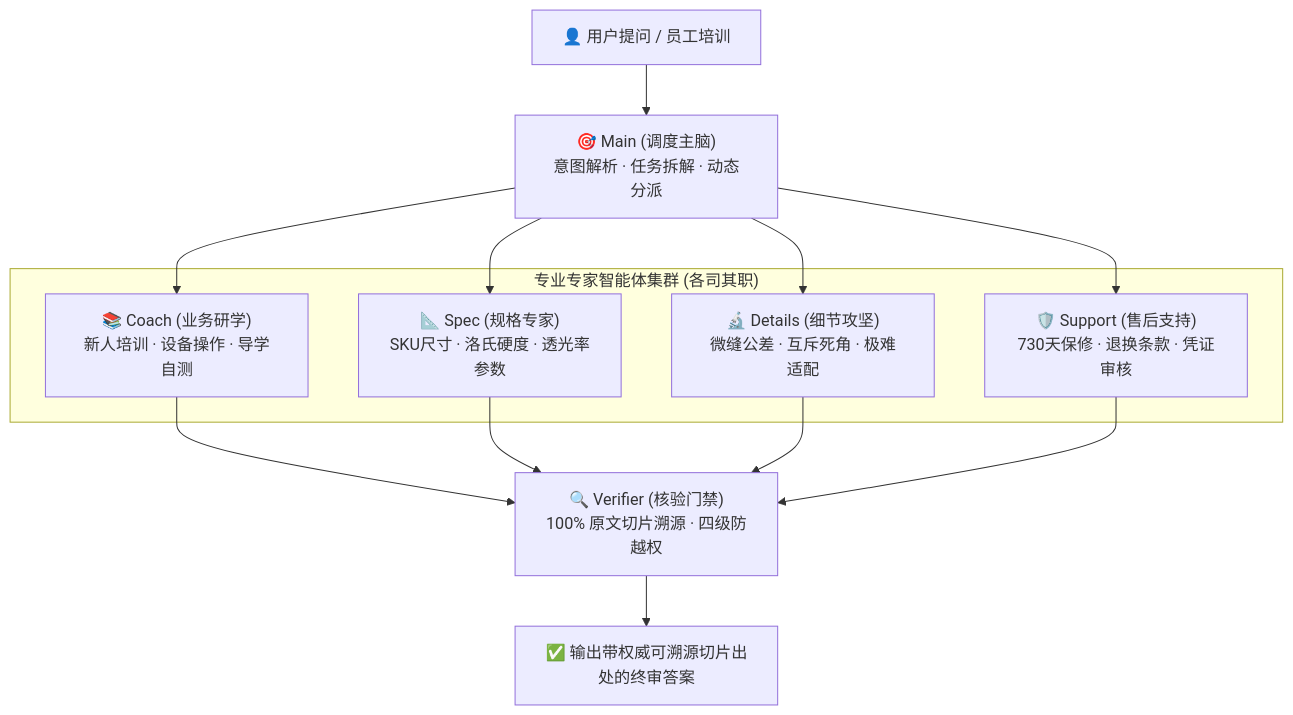
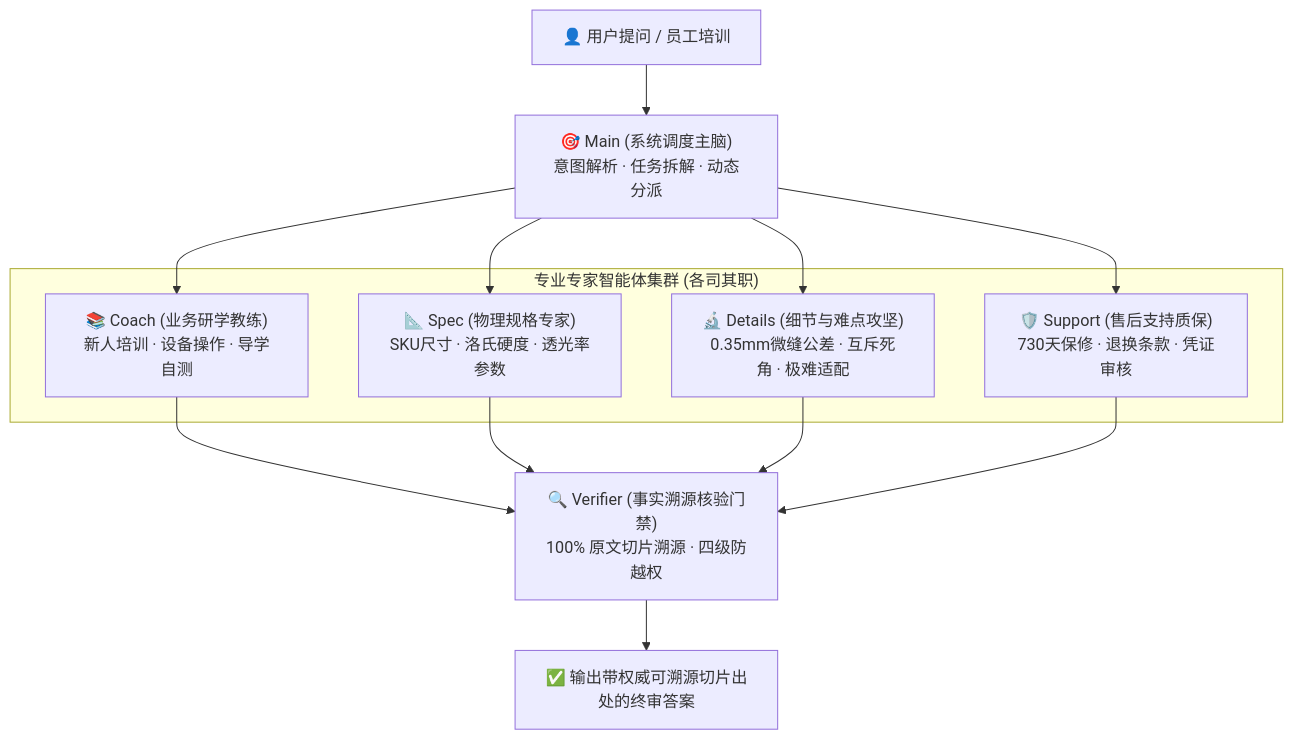
Before and after one commit to SenpeWang/TaoZhi-EcomAgent: the first of 2 diagrams in README.md, drawn with Mermaid. The commit also changed other lines of this file and 1 other file, not shown here.

````diff
--- a/README.md
+++ b/README.md
@@ -29,23 +32,23 @@
 ```mermaid
 flowchart TD
-    User["👤 用户提问 / 员工培训"] --> Main["🎯 Main (调度主脑)<br>意图解析 · 任务拆解 · 动态分派"]
+    User["👤 用户提问 / 员工培训"] --> Main["🎯 Main (系统调度主脑)<br>意图解析 · 任务拆解 · 动态分派"]
 
     subgraph Specialists["专业专家智能体集群 (各司其职)"]
-        Coach["📚 Coach (业务研学)<br>新人培训 · 设备操作 · 导学自测"]
-        Spec["📐 Spec (规格专家)<br>SKU尺寸 · 洛氏硬度 · 透光率参数"]
-        Details["🔬 Details (细节攻坚)<br>微缝公差 · 互斥死角 · 极难适配"]
-        Support["🛡️ Support (售后支持)<br>730天保修 · 退换条款 · 凭证审核"]
+        Coach["📚 Coach (业务研学教练)<br>新人培训 · 设备操作 · 导学自测"]
+        Spec["📐 Spec (物理规格专家)<br>SKU尺寸 · 洛氏硬度 · 透光率参数"]
+        Details["🔬 Details (细节与难点攻坚)<br>0.35mm微缝公差 · 互斥死角 · 极难适配"]
+        Support["🛡️ Support (售后支持质保)<br>730天保修 · 退换条款 · 凭证审核"]
     end
 
     Main --> Coach
     Main --> Spec
     Main --> Details
     Main --> Support
 
-    Coach --> Verifier["🔍 Verifier (核验门禁)<br>100% 原文切片溯源 · 四级防越权"]
+    Coach --> Verifier["🔍 Verifier (事实溯源核验门禁)<br>100% 原文切片溯源 · 四级防越权"]
     Spec --> Verifier
     Details --> Verifier
     Support --> Verifier
 
     Verifier --> OutputAnswer["✅ 输出带权威可溯源切片出处的终审答案"]
 ```
````
